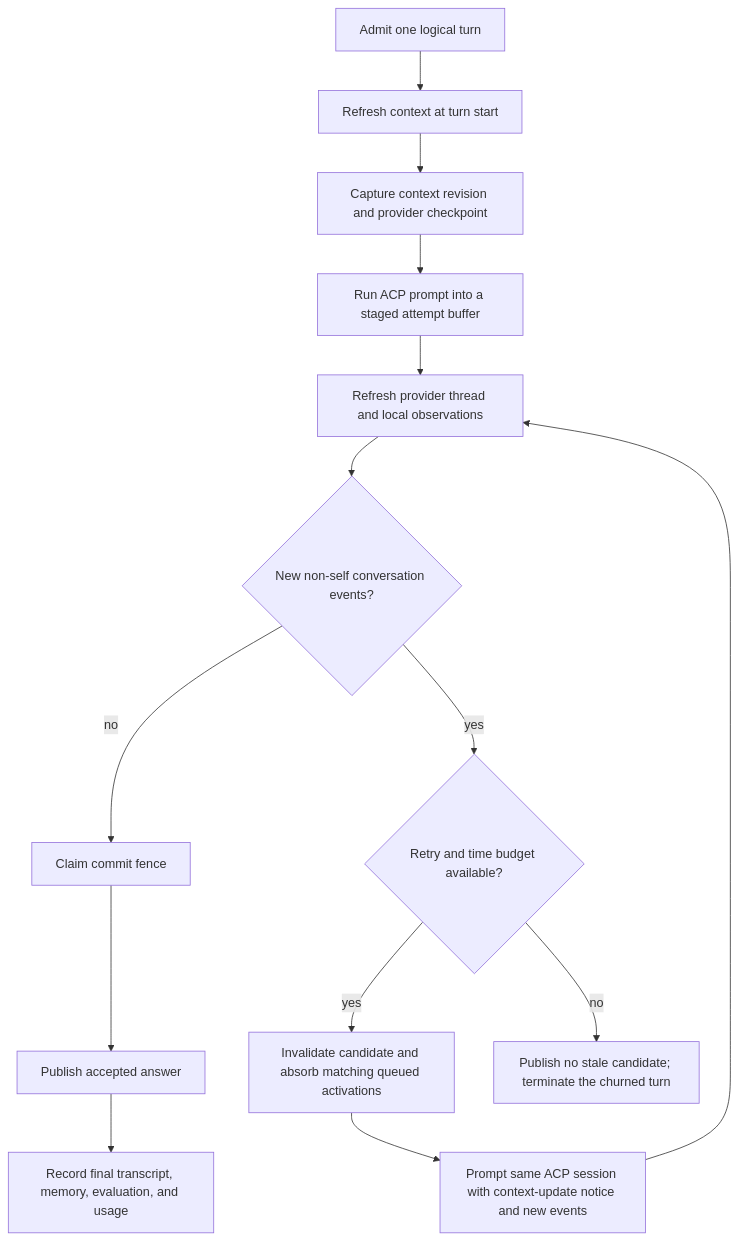
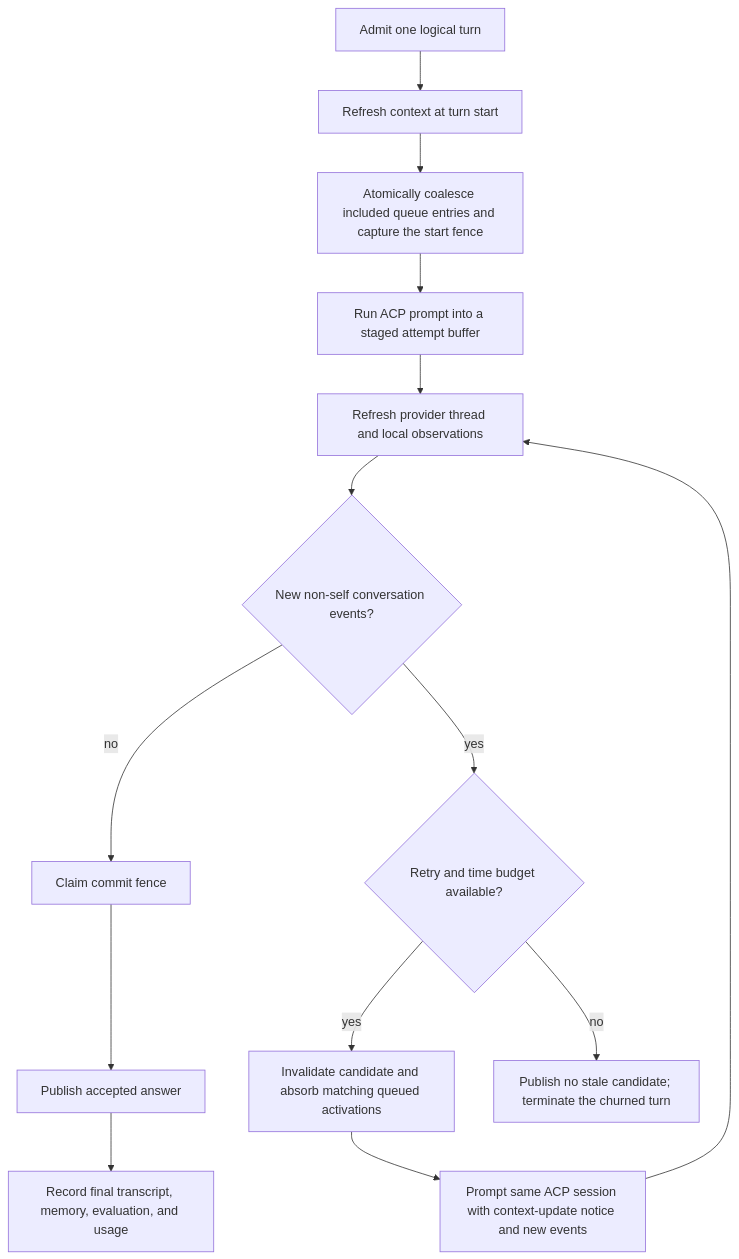
Before and after one commit to agentconnect-md/agentconnect: the diagram in docs/designs/turn-final-context-refresh.md, drawn with Mermaid. The commit also changed other lines of this file, not shown here.

Commit message:
docs: define atomic start coalescing

````diff
--- a/docs/designs/turn-final-context-refresh.md
+++ b/docs/designs/turn-final-context-refresh.md
@@ -168,16 +168,16 @@
 ```mermaid
 flowchart TD
     A[Admit one logical turn] --> B[Refresh context at turn start]
-    B --> C[Capture context revision and provider checkpoint]
+    B --> C[Atomically coalesce included queue entries and capture the start fence]
     C --> D[Run ACP prompt into a staged attempt buffer]
     D --> E[Refresh provider thread and local observations]
     E --> F{New non-self conversation events?}
     F -- no --> G[Claim commit fence]
     G --> H[Publish accepted answer]
     H --> I[Record final transcript, memory, evaluation, and usage]
     F -- yes --> J{Retry and time budget available?}
     J -- yes --> K[Invalidate candidate and absorb matching queued activations]
     K --> L[Prompt same ACP session with context-update notice and new events]
     L --> E
     J -- no --> M[Publish no stale candidate; terminate the churned turn]
 ```
````
